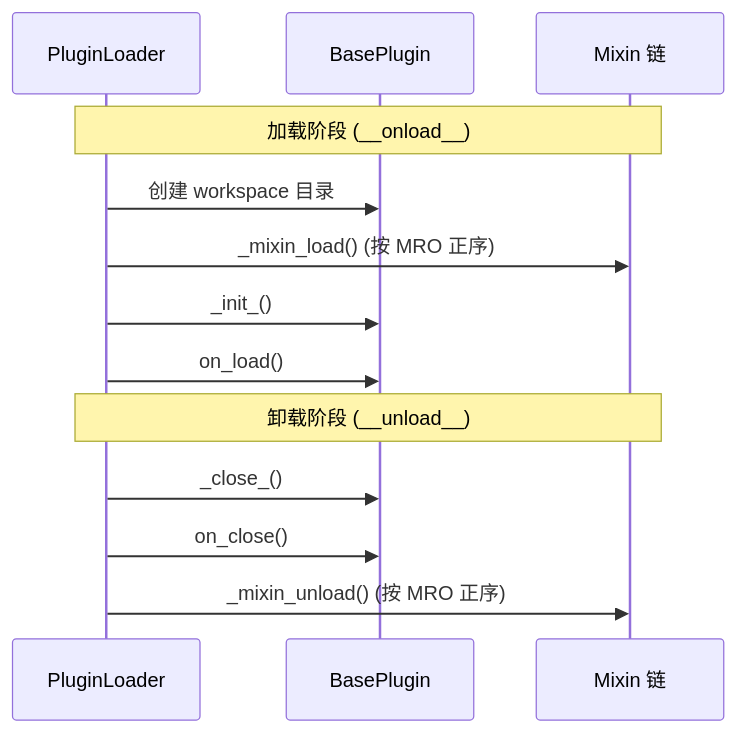
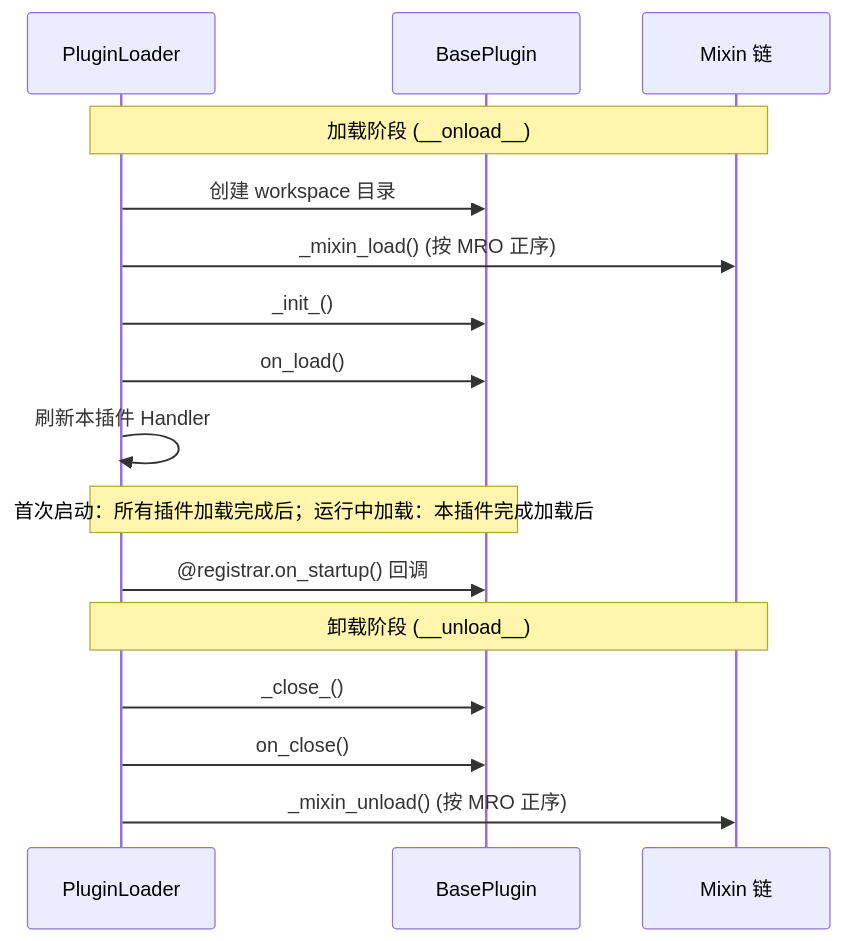
The first of 2 diagrams in docs/notes/reference/5. 插件系统/1. 基类.md (huan-yp/NcatBotDocs), drawn with Mermaid before and after one commit. The commit also changed other lines of this file and 3 other files, not shown here.

Commit message:
docs(plugin): 区分 on_load 与 startup 就绪回调

````diff
--- a/docs/notes/reference/5. 插件系统/1. 基类.md
+++ b/docs/notes/reference/5. 插件系统/1. 基类.md
@@ -58,17 +58,20 @@
 ```mermaid
 sequenceDiagram
     participant Loader as PluginLoader
     participant Plugin as BasePlugin
     participant Mixin as Mixin 链
 
     Note over Loader,Mixin: 加载阶段 (__onload__)
     Loader->>Plugin: 创建 workspace 目录
     Loader->>Mixin: _mixin_load() (按 MRO 正序)
     Loader->>Plugin: _init_()
     Loader->>Plugin: on_load()
+    Loader->>Loader: 刷新本插件 Handler
+    Note over Loader,Plugin: 首次启动：所有插件加载完成后；运行中加载：本插件完成加载后
+    Loader->>Plugin: @registrar.on_startup() 回调
 
     Note over Loader,Mixin: 卸载阶段 (__unload__)
     Loader->>Plugin: _close_()
     Loader->>Plugin: on_close()
     Loader->>Mixin: _mixin_unload() (按 MRO 正序)
 ```
````
